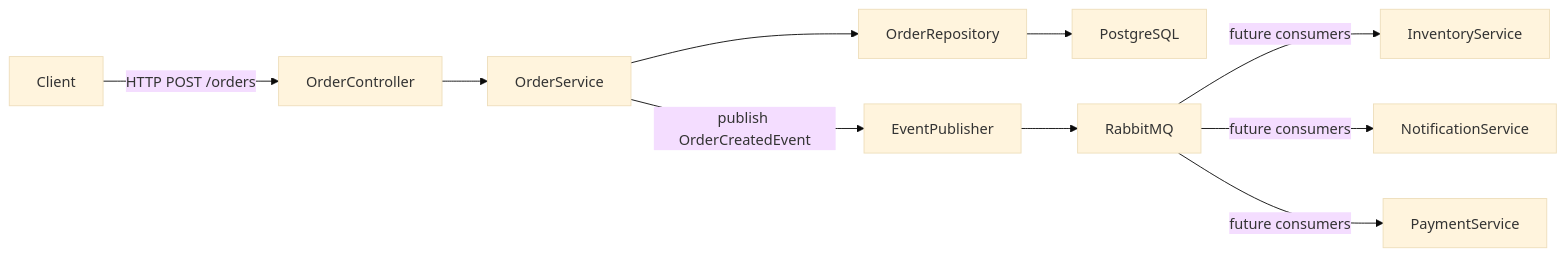
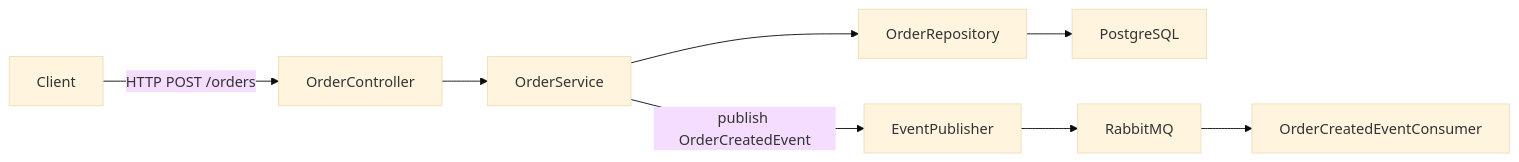
The third of 5 diagrams in README.md (ME-Massine/Orderflow), drawn with Mermaid (base theme) before and after one commit. The commit also changed other lines of this file and 1 other file, not shown here.

````diff
--- a/README.md
+++ b/README.md
@@ -153,15 +132,13 @@
 ```mermaid
 flowchart LR
 
 Client -->|HTTP POST /orders| OrderController
 OrderController --> OrderService
 OrderService --> OrderRepository
 OrderRepository --> PostgreSQL
 
 OrderService -->|publish OrderCreatedEvent| EventPublisher
 EventPublisher --> RabbitMQ
 
-RabbitMQ -->|future consumers| InventoryService
-RabbitMQ -->|future consumers| NotificationService
-RabbitMQ -->|future consumers| PaymentService
+RabbitMQ --> OrderCreatedEventConsumer
 ```
````
